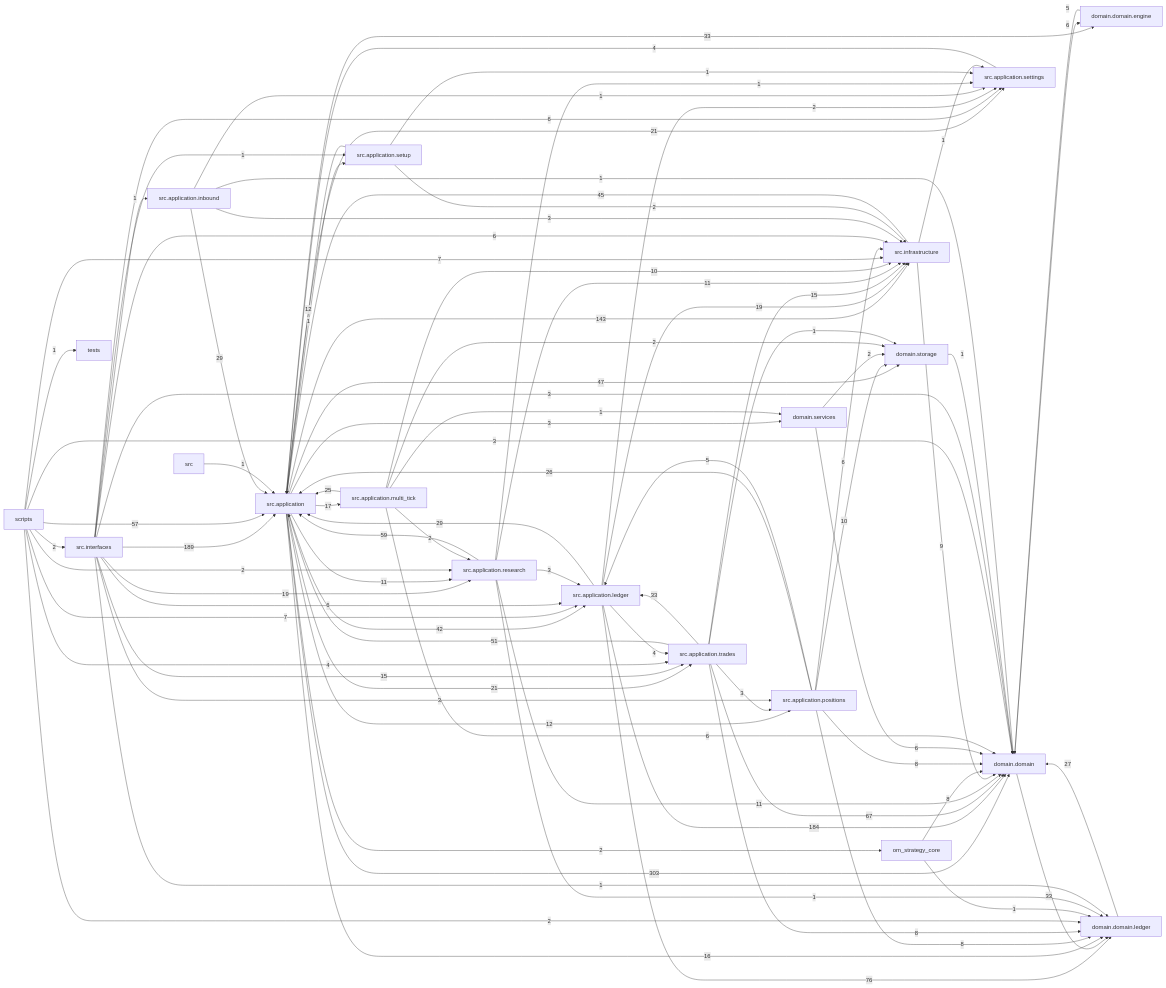
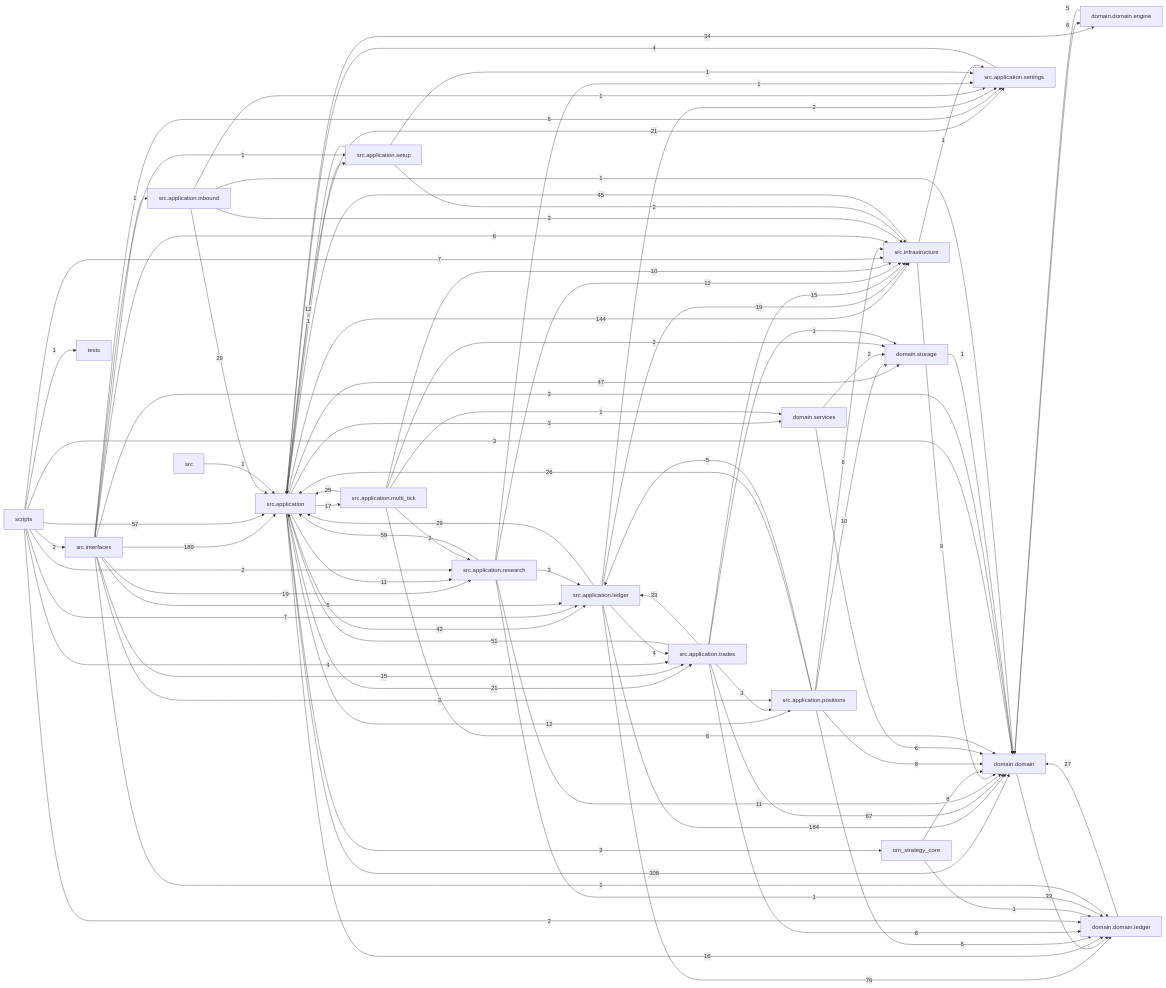
One commit to liuxie066/options-monitor changed the diagram in docs/dependency_graph.mmd. Above: the diagram before and after it, drawn with Mermaid. The commit also changed 24 other files, not shown here.

```diff
--- a/docs/dependency_graph.mmd
+++ b/docs/dependency_graph.mmd
@@ -1,87 +1,87 @@
 flowchart LR
-  src_application["src.application"] -->|303| domain_domain["domain.domain"]
+  src_application["src.application"] -->|308| domain_domain["domain.domain"]
   src_interfaces["src.interfaces"] -->|189| src_application["src.application"]
   src_application_ledger["src.application.ledger"] -->|184| domain_domain["domain.domain"]
-  src_application["src.application"] -->|143| src_infrastructure["src.infrastructure"]
+  src_application["src.application"] -->|144| src_infrastructure["src.infrastructure"]
   src_application_ledger["src.application.ledger"] -->|76| domain_domain_ledger["domain.domain.ledger"]
   src_application_trades["src.application.trades"] -->|67| domain_domain["domain.domain"]
   src_application_research["src.application.research"] -->|59| src_application["src.application"]
   scripts["scripts"] -->|57| src_application["src.application"]
   src_application_trades["src.application.trades"] -->|51| src_application["src.application"]
   src_application["src.application"] -->|47| domain_storage["domain.storage"]
   src_infrastructure["src.infrastructure"] -->|45| src_application["src.application"]
   src_application["src.application"] -->|42| src_application_ledger["src.application.ledger"]
+  src_application["src.application"] -->|34| domain_domain_engine["domain.domain.engine"]
   domain_domain["domain.domain"] -->|33| domain_domain_ledger["domain.domain.ledger"]
-  src_application["src.application"] -->|33| domain_domain_engine["domain.domain.engine"]
   src_application_trades["src.application.trades"] -->|33| src_application_ledger["src.application.ledger"]
   src_application_inbound["src.application.inbound"] -->|29| src_application["src.application"]
   src_application_ledger["src.application.ledger"] -->|29| src_application["src.application"]
   domain_domain_ledger["domain.domain.ledger"] -->|27| domain_domain["domain.domain"]
   src_application_positions["src.application.positions"] -->|26| src_application["src.application"]
   src_application_multi_tick["src.application.multi_tick"] -->|25| src_application["src.application"]
   src_application["src.application"] -->|21| src_application_settings["src.application.settings"]
   src_application["src.application"] -->|21| src_application_trades["src.application.trades"]
   src_application_ledger["src.application.ledger"] -->|19| src_infrastructure["src.infrastructure"]
   src_interfaces["src.interfaces"] -->|19| src_application_research["src.application.research"]
   src_application["src.application"] -->|17| src_application_multi_tick["src.application.multi_tick"]
   src_application["src.application"] -->|16| domain_domain_ledger["domain.domain.ledger"]
   src_application_trades["src.application.trades"] -->|15| src_infrastructure["src.infrastructure"]
   src_interfaces["src.interfaces"] -->|15| src_application_trades["src.application.trades"]
   src_application["src.application"] -->|12| src_application_positions["src.application.positions"]
   src_application_setup["src.application.setup"] -->|12| src_application["src.application"]
   src_application["src.application"] -->|11| src_application_research["src.application.research"]
   src_application_research["src.application.research"] -->|11| domain_domain["domain.domain"]
   src_application_research["src.application.research"] -->|11| src_infrastructure["src.infrastructure"]
   src_application_multi_tick["src.application.multi_tick"] -->|10| src_infrastructure["src.infrastructure"]
   src_application_positions["src.application.positions"] -->|10| domain_storage["domain.storage"]
   src_infrastructure["src.infrastructure"] -->|9| domain_domain["domain.domain"]
   om_strategy_core["om_strategy_core"] -->|8| domain_domain["domain.domain"]
   src_application_positions["src.application.positions"] -->|8| domain_domain["domain.domain"]
   src_application_positions["src.application.positions"] -->|8| domain_domain_ledger["domain.domain.ledger"]
   src_application_trades["src.application.trades"] -->|8| domain_domain_ledger["domain.domain.ledger"]
   scripts["scripts"] -->|7| src_application_ledger["src.application.ledger"]
   scripts["scripts"] -->|7| src_infrastructure["src.infrastructure"]
   domain_domain["domain.domain"] -->|6| domain_domain_engine["domain.domain.engine"]
   domain_services["domain.services"] -->|6| domain_domain["domain.domain"]
   src_application_multi_tick["src.application.multi_tick"] -->|6| domain_domain["domain.domain"]
   src_application_positions["src.application.positions"] -->|6| src_infrastructure["src.infrastructure"]
   src_interfaces["src.interfaces"] -->|6| src_application_ledger["src.application.ledger"]
   src_interfaces["src.interfaces"] -->|6| src_application_settings["src.application.settings"]
   src_interfaces["src.interfaces"] -->|6| src_infrastructure["src.infrastructure"]
   domain_domain_engine["domain.domain.engine"] -->|5| domain_domain["domain.domain"]
   src_application_positions["src.application.positions"] -->|5| src_application_ledger["src.application.ledger"]
   scripts["scripts"] -->|4| src_application_trades["src.application.trades"]
   src_application_ledger["src.application.ledger"] -->|4| src_application_trades["src.application.trades"]
   src_application_settings["src.application.settings"] -->|4| src_application["src.application"]
   scripts["scripts"] -->|3| domain_domain["domain.domain"]
   src_application["src.application"] -->|3| domain_services["domain.services"]
   src_application_inbound["src.application.inbound"] -->|3| src_infrastructure["src.infrastructure"]
   src_application_research["src.application.research"] -->|3| src_application_ledger["src.application.ledger"]
   src_application_trades["src.application.trades"] -->|3| src_application_positions["src.application.positions"]
   src_interfaces["src.interfaces"] -->|3| domain_domain["domain.domain"]
   src_interfaces["src.interfaces"] -->|3| src_application_positions["src.application.positions"]
   domain_services["domain.services"] -->|2| domain_storage["domain.storage"]
   scripts["scripts"] -->|2| domain_domain_ledger["domain.domain.ledger"]
   scripts["scripts"] -->|2| src_application_research["src.application.research"]
   scripts["scripts"] -->|2| src_interfaces["src.interfaces"]
   src_application["src.application"] -->|2| om_strategy_core["om_strategy_core"]
   src_application_ledger["src.application.ledger"] -->|2| src_application_settings["src.application.settings"]
   src_application_multi_tick["src.application.multi_tick"] -->|2| domain_storage["domain.storage"]
   src_application_multi_tick["src.application.multi_tick"] -->|2| src_application_research["src.application.research"]
   src_application_setup["src.application.setup"] -->|2| src_infrastructure["src.infrastructure"]
   domain_storage["domain.storage"] -->|1| domain_domain["domain.domain"]
   om_strategy_core["om_strategy_core"] -->|1| domain_domain_ledger["domain.domain.ledger"]
   scripts["scripts"] -->|1| tests["tests"]
   src["src"] -->|1| src_application["src.application"]
   src_application["src.application"] -->|1| src_application_setup["src.application.setup"]
   src_application_inbound["src.application.inbound"] -->|1| domain_domain["domain.domain"]
   src_application_inbound["src.application.inbound"] -->|1| src_application_settings["src.application.settings"]
   src_application_multi_tick["src.application.multi_tick"] -->|1| domain_services["domain.services"]
   src_application_research["src.application.research"] -->|1| domain_domain_ledger["domain.domain.ledger"]
   src_application_research["src.application.research"] -->|1| src_application_settings["src.application.settings"]
   src_application_setup["src.application.setup"] -->|1| src_application_settings["src.application.settings"]
   src_application_trades["src.application.trades"] -->|1| domain_storage["domain.storage"]
   src_infrastructure["src.infrastructure"] -->|1| src_application_settings["src.application.settings"]
   src_interfaces["src.interfaces"] -->|1| domain_domain_ledger["domain.domain.ledger"]
   src_interfaces["src.interfaces"] -->|1| src_application_inbound["src.application.inbound"]
   src_interfaces["src.interfaces"] -->|1| src_application_setup["src.application.setup"]
```
